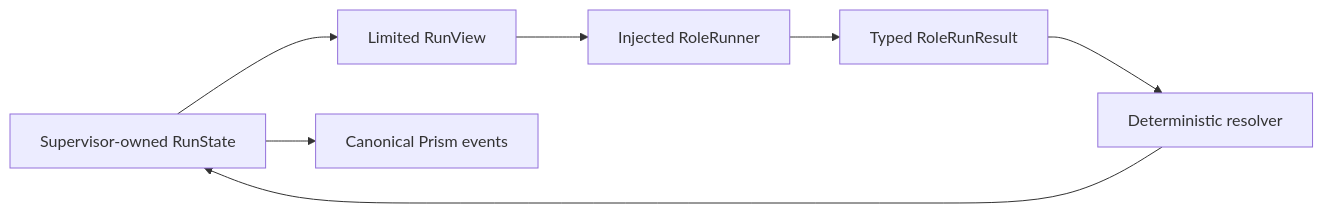
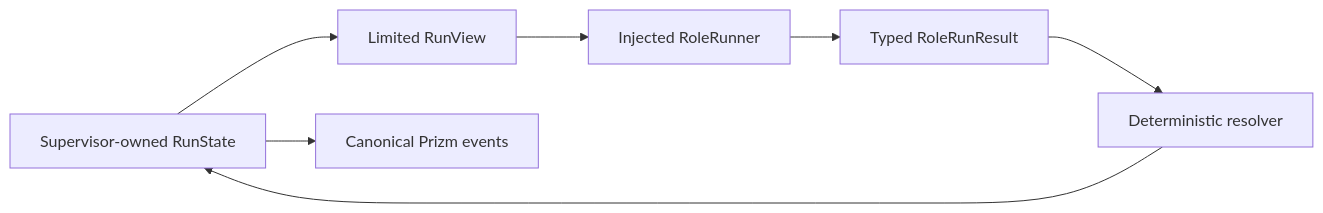
The second of 3 diagrams in docs/architecture/MULTI_AGENT_LOOP_RUNTIME.md (emaharmony/prism), drawn with Mermaid before and after one commit. The commit also changed other lines of this file and 688 other files, not shown here.

````diff
--- a/docs/architecture/MULTI_AGENT_LOOP_RUNTIME.md
+++ b/docs/architecture/MULTI_AGENT_LOOP_RUNTIME.md
@@ -372,9 +372,9 @@
 ```mermaid
 flowchart LR
   state["Supervisor-owned RunState"] --> request["Limited RunView"]
   request --> runner["Injected RoleRunner"]
   runner --> result["Typed RoleRunResult"]
   result --> resolver["Deterministic resolver"]
   resolver --> state
-  state --> events["Canonical Prism events"]
+  state --> events["Canonical Prizm events"]
 ```
````
